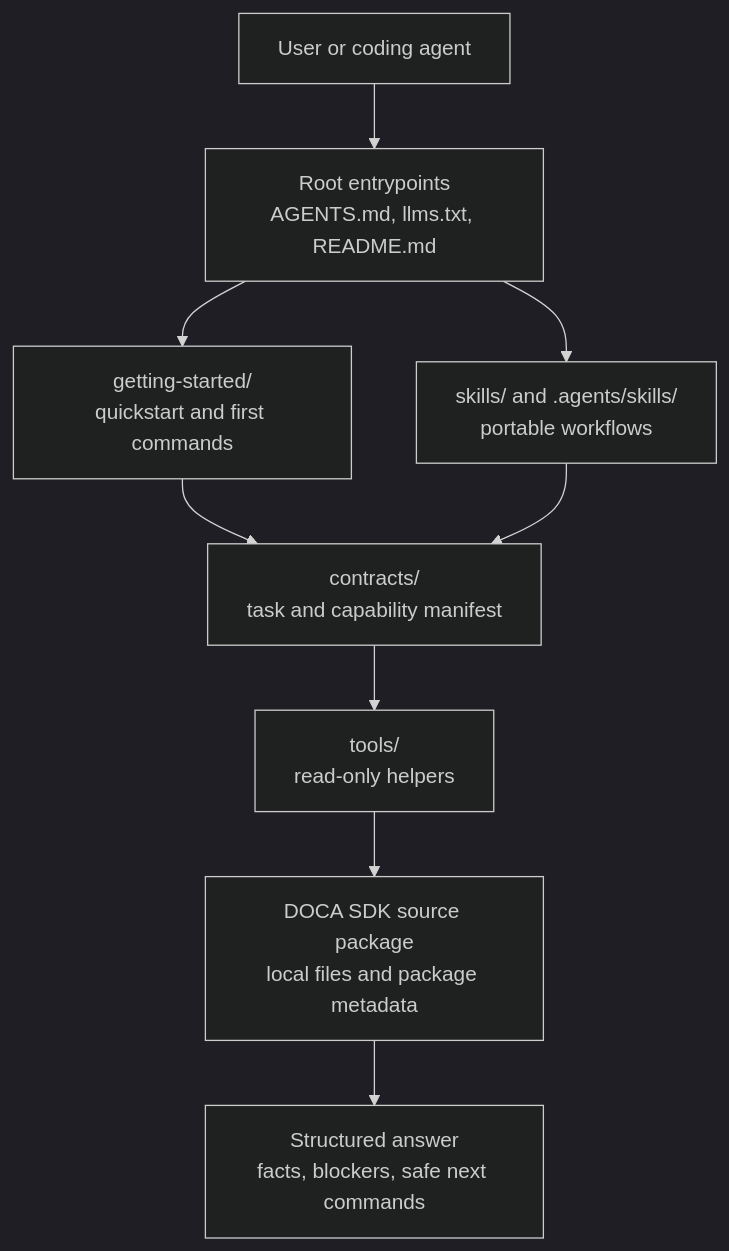
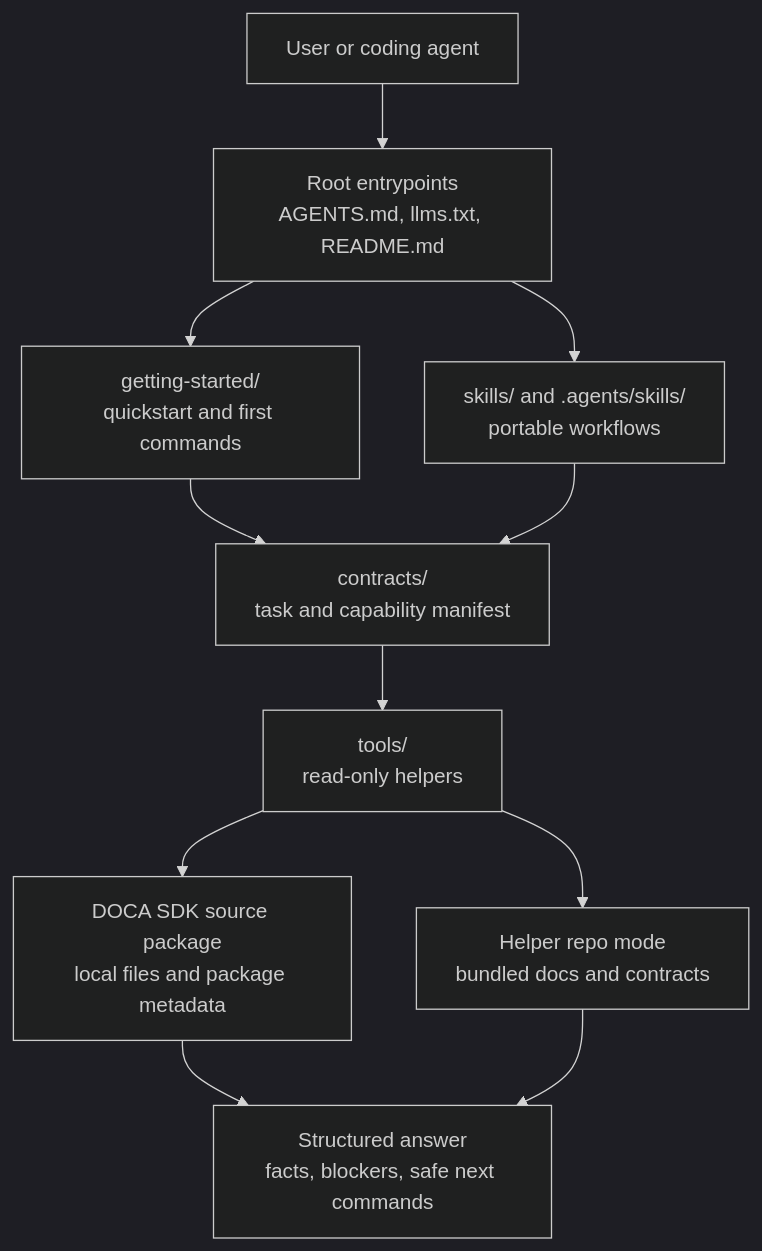
The diagram in README.md (NVIDIA-DOCA/doca-skills), drawn with Mermaid (dark theme) before and after one commit. The commit also changed other lines of this file and 20 other files, not shown here.

````diff
--- a/README.md
+++ b/README.md
@@ -45,20 +55,23 @@
 ```mermaid
 flowchart TD
     user["User or coding agent"]
     entry["Root entrypoints<br/>AGENTS.md, llms.txt, README.md"]
     guide["getting-started/<br/>quickstart and first commands"]
     skills["skills/ and .agents/skills/<br/>portable workflows"]
     contracts["contracts/<br/>task and capability manifest"]
     tools["tools/<br/>read-only helpers"]
+    helper["Helper repo mode<br/>bundled docs and contracts"]
     source["DOCA SDK source package<br/>local files and package metadata"]
     report["Structured answer<br/>facts, blockers, safe next commands"]
 
     user --> entry
     entry --> guide
     entry --> skills
     guide --> contracts
     skills --> contracts
     contracts --> tools
+    tools --> helper
     tools --> source
     source --> report
+    helper --> report
 ```
````
